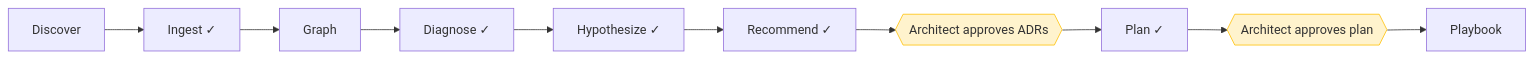
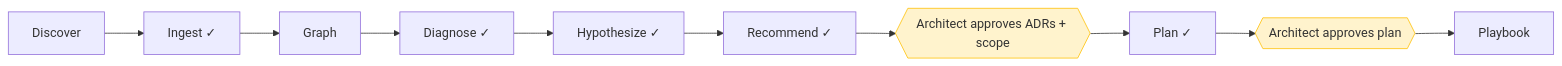
The fourth of 6 diagrams in docs/stakeholder-presentation.md (bsinha/AI_Driven_Project_Migration), drawn with Mermaid before and after one commit. The commit also changed other lines of this file and 7 other files, not shown here.

````diff
--- a/docs/stakeholder-presentation.md
+++ b/docs/stakeholder-presentation.md
@@ -271,15 +346,15 @@
 ```mermaid
 flowchart LR
     D[Discover] --> I[Ingest ✓]
     I --> G[Graph]
     G --> DI[Diagnose ✓]
     DI --> H[Hypothesize ✓]
     H --> R[Recommend ✓]
-    R --> GATE1{{Architect approves ADRs}}
+    R --> GATE1{{Architect approves ADRs + scope}}
     GATE1 --> P[Plan ✓]
     P --> GATE2{{Architect approves plan}}
     GATE2 --> PB[Playbook]
 
     style GATE1 fill:#fff3cd,stroke:#ffc107
     style GATE2 fill:#fff3cd,stroke:#ffc107
 ```
````
